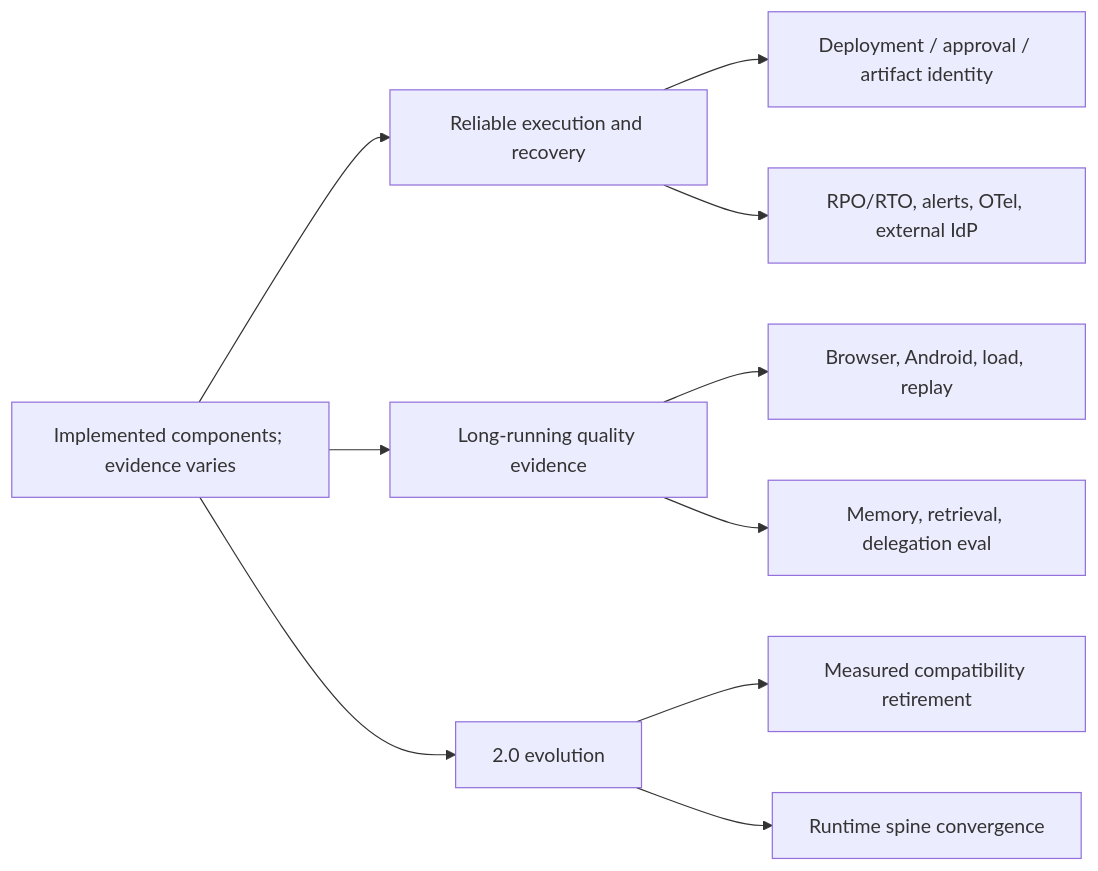
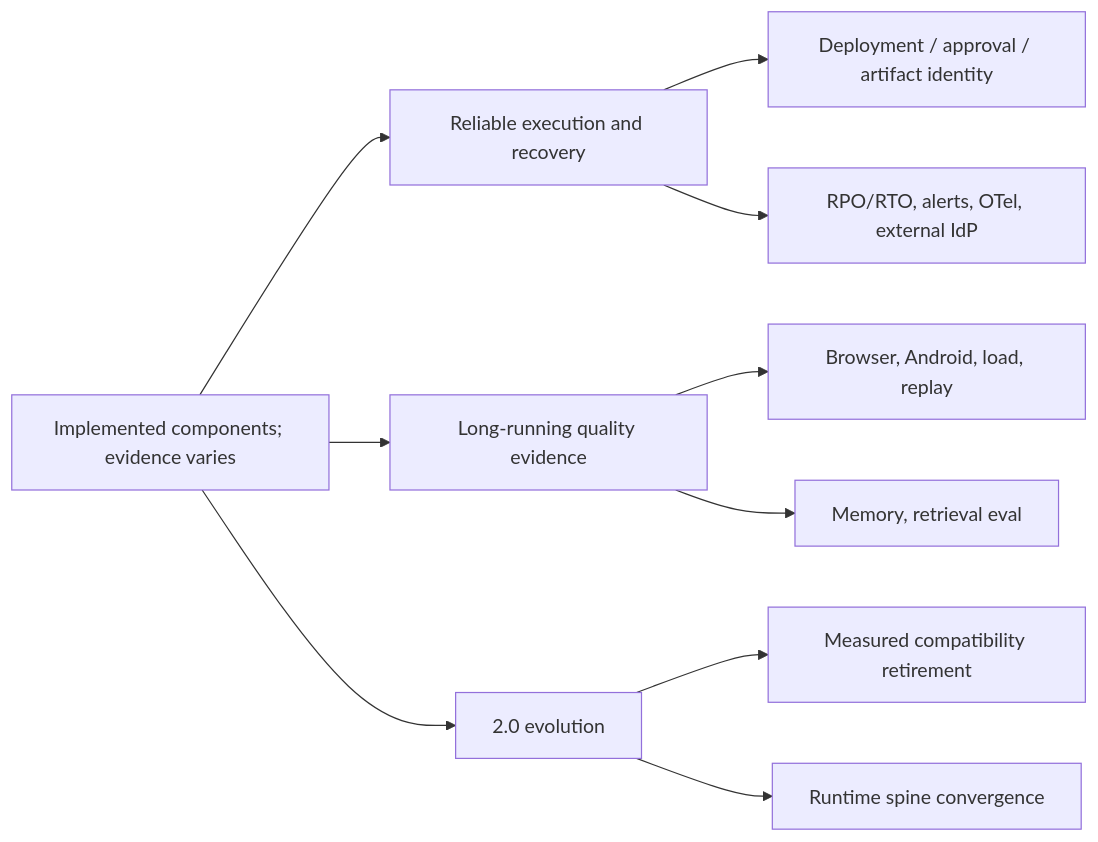
Before and after one commit to William-zgx/focus-agent: the diagram in docs/roadmap.md, drawn with Mermaid. The commit also changed other lines of this file and 141 other files, not shown here.

````diff
--- a/docs/roadmap.md
+++ b/docs/roadmap.md
@@ -15,12 +15,12 @@
 ```mermaid
 flowchart LR
     Baseline["Implemented components; evidence varies"] --> Production["Reliable execution and recovery"]
     Baseline --> Quality["Long-running quality evidence"]
     Baseline --> Evolution["2.0 evolution"]
     Production --> Identity["Deployment / approval / artifact identity"]
     Production --> Operations["RPO/RTO, alerts, OTel, external IdP"]
     Quality --> Runtime["Browser, Android, load, replay"]
-    Quality --> Agent["Memory, retrieval, delegation eval"]
+    Quality --> Agent["Memory, retrieval eval"]
     Evolution --> Compat["Measured compatibility retirement"]
     Evolution --> Spine["Runtime spine convergence"]
 ```
````
